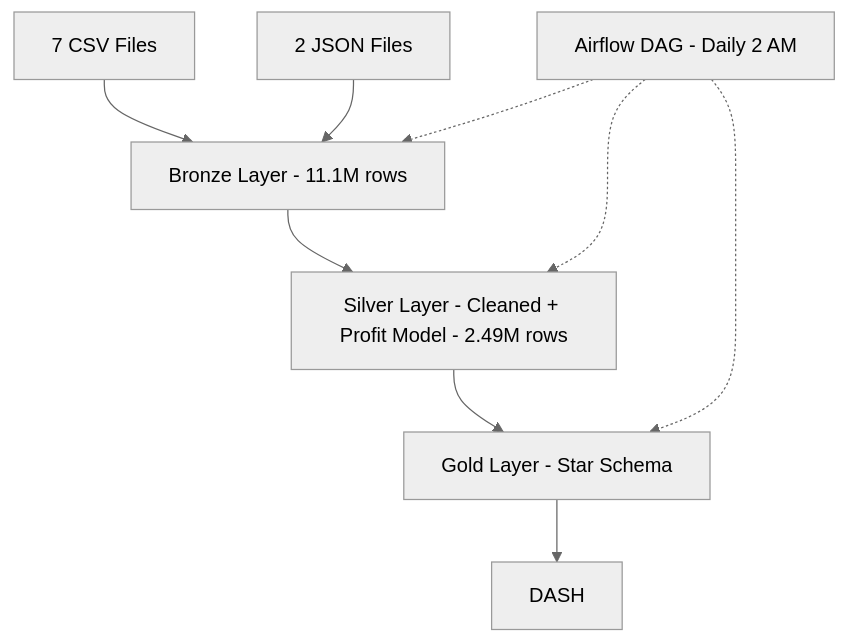
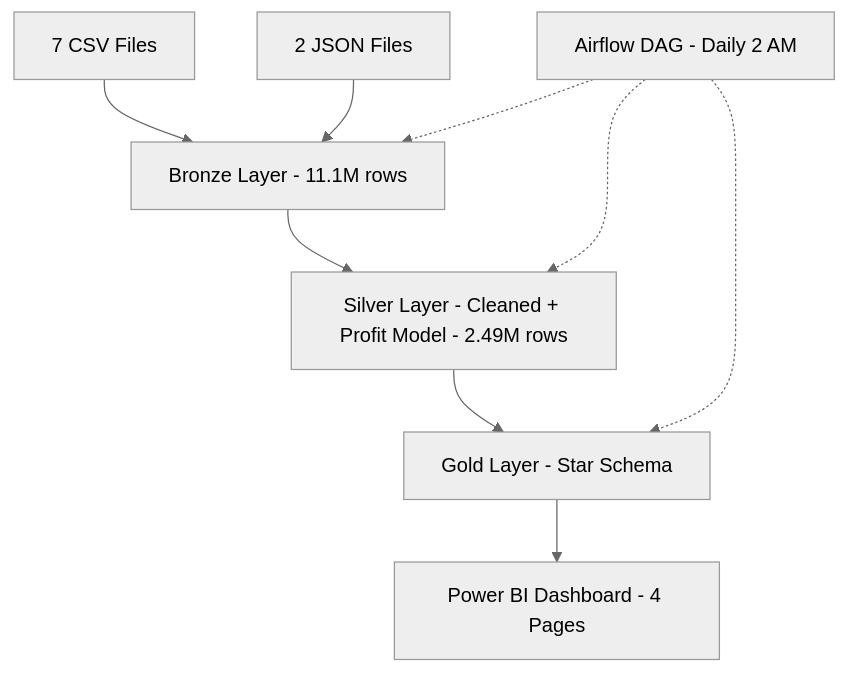
Before and after one commit to Yasmeen327/Restaurant-Bigdata-Pipeline: the diagram in README.md, drawn with Mermaid (neutral theme).

Commit message:
Revise README for clarity and project overview
Updated the README to enhance project description and details.

````diff
--- a/README.md
+++ b/README.md
@@ -42,13 +42,14 @@
 ```mermaid
 flowchart TD
     CSV[7 CSV Files] --> BRONZE
     JSON[2 JSON Files] --> BRONZE
 
     BRONZE[Bronze Layer - 11.1M rows] --> SILVER
     SILVER[Silver Layer - Cleaned + Profit Model - 2.49M rows] --> GOLD
     GOLD[Gold Layer - Star Schema] --> DASH
 
     DAG[Airflow DAG - Daily 2 AM] -.-> BRONZE
     DAG -.-> SILVER
     DAG -.-> GOLD
+    DASH[Power BI Dashboard - 4 Pages]
 ```
````
